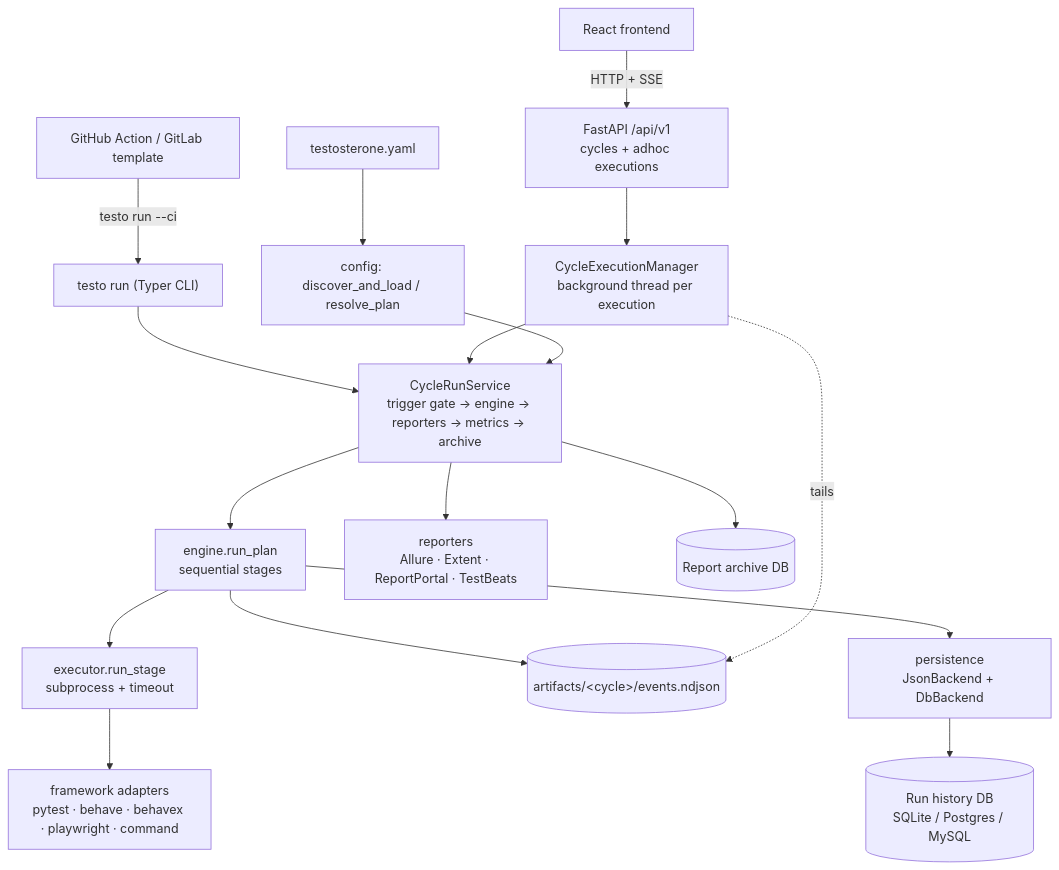
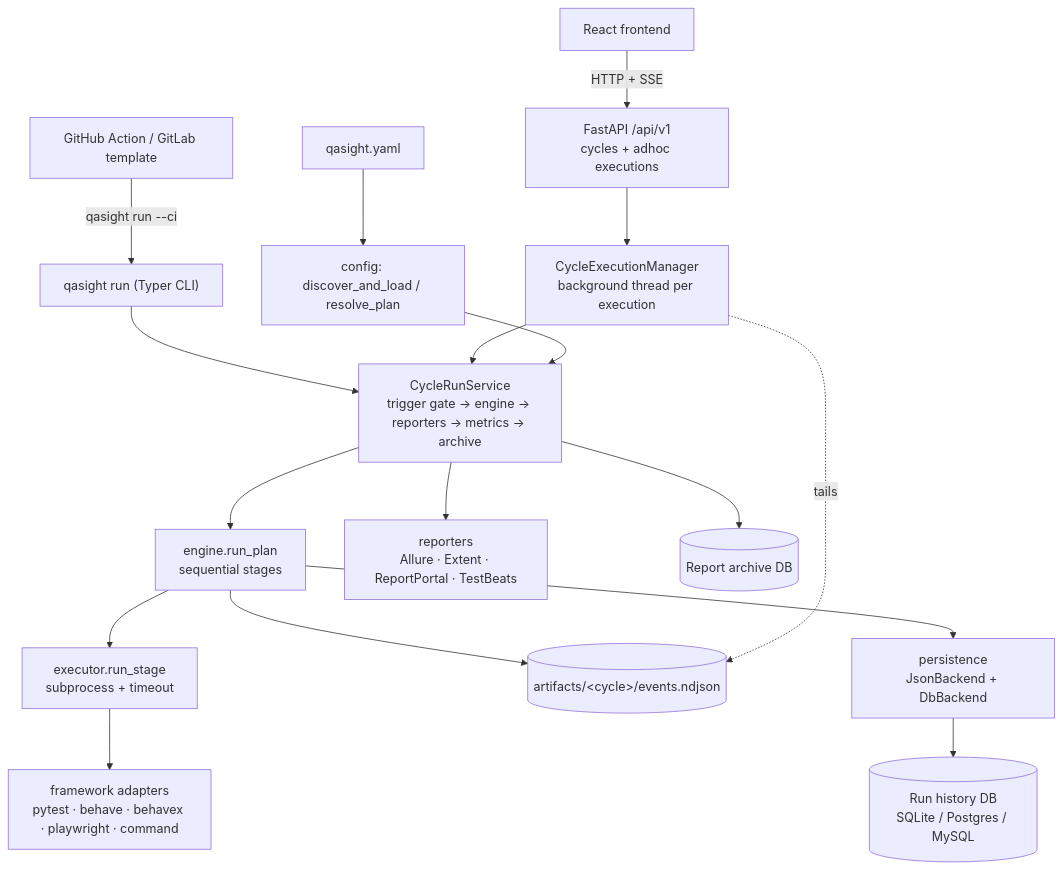
One commit to actions-marketplace-validations/arieleven_qasight changed the diagram in ARCHITECTURE.md. Above: the diagram before and after it, drawn with Mermaid. The commit also changed other lines of this file and 1220 other files, not shown here.

First line of the commit message:
feat: rename Testosterone to QASight (package qasight, command qasight) (#296)

````diff
--- a/ARCHITECTURE.md
+++ b/ARCHITECTURE.md
@@ -14,21 +14,21 @@
 ```mermaid
 flowchart TD
-    YAML[testosterone.yaml] --> CFG[config: discover_and_load / resolve_plan]
+    YAML[qasight.yaml] --> CFG[config: discover_and_load / resolve_plan]
 
-    CLI["testo run (Typer CLI)"] --> SVC
+    CLI["qasight run (Typer CLI)"] --> SVC
     API["FastAPI /api/v1<br/>cycles + adhoc executions"] --> MGR[CycleExecutionManager<br/>background thread per execution]
     MGR --> SVC
     UI[React frontend] -->|HTTP + SSE| API
-    CI[GitHub Action / GitLab template] -->|"testo run --ci"| CLI
+    CI[GitHub Action / GitLab template] -->|"qasight run --ci"| CLI
 
     CFG --> SVC[CycleRunService<br/>trigger gate → engine → reporters → metrics → archive]
     SVC --> ENG[engine.run_plan<br/>sequential stages]
     ENG --> EXE[executor.run_stage<br/>subprocess + timeout]
     EXE --> FW[framework adapters<br/>pytest · behave · behavex · playwright · command]
     ENG --> EV[(artifacts/&lt;cycle&gt;/events.ndjson)]
     ENG --> PER[persistence<br/>JsonBackend + DbBackend]
     PER --> DB[(Run history DB<br/>SQLite / Postgres / MySQL)]
     SVC --> REP[reporters<br/>Allure · Extent · ReportPortal · TestBeats]
     SVC --> ARC[(Report archive DB)]
     MGR -. tails .-> EV
 ```
````
